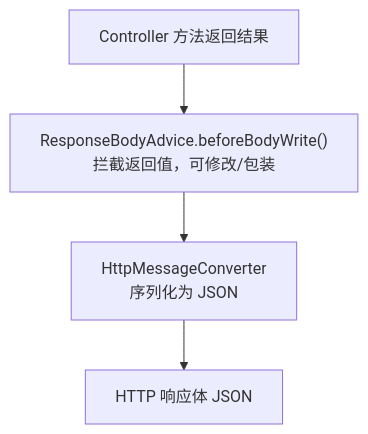
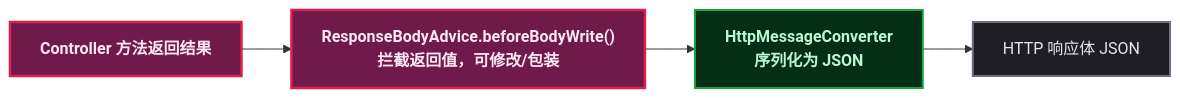
Before and after one commit to yaocat55/yaocat55.github.io: the fifth of 6 diagrams in content/posts/spring/FilterInterceptorAdvice.md, drawn with Mermaid. The commit also changed other lines of this file and 155 other files, not shown here.

````diff
--- a/content/posts/spring/FilterInterceptorAdvice.md
+++ b/content/posts/spring/FilterInterceptorAdvice.md
@@ -352,6 +380,14 @@
 ```mermaid
-flowchart TD
+flowchart LR
+%% 半暗底色 + 高亮描边：完美适配博客深色/浅色双主题 %%
+classDef startEnd fill:#701a4c,stroke:#e11d48,stroke-width:2.5px,color:#fce7f3,font-weight:bold;
+classDef data fill:#052e16,stroke:#16a34a,stroke-width:2px,color:#bbf7d0,font-weight:bold;
+classDef process fill:#1e1e24,stroke:#6b7280,stroke-width:2px,color:#e5e7eb;
     A[Controller 方法返回结果] --> B["ResponseBodyAdvice.beforeBodyWrite()\n拦截返回值，可修改/包装"]
     B --> C[HttpMessageConverter\n序列化为 JSON]
     C --> D[HTTP 响应体 JSON]
+
+class C data;
+class D process;
+class A,B,beforeBodyWrite startEnd;
 ```
````
